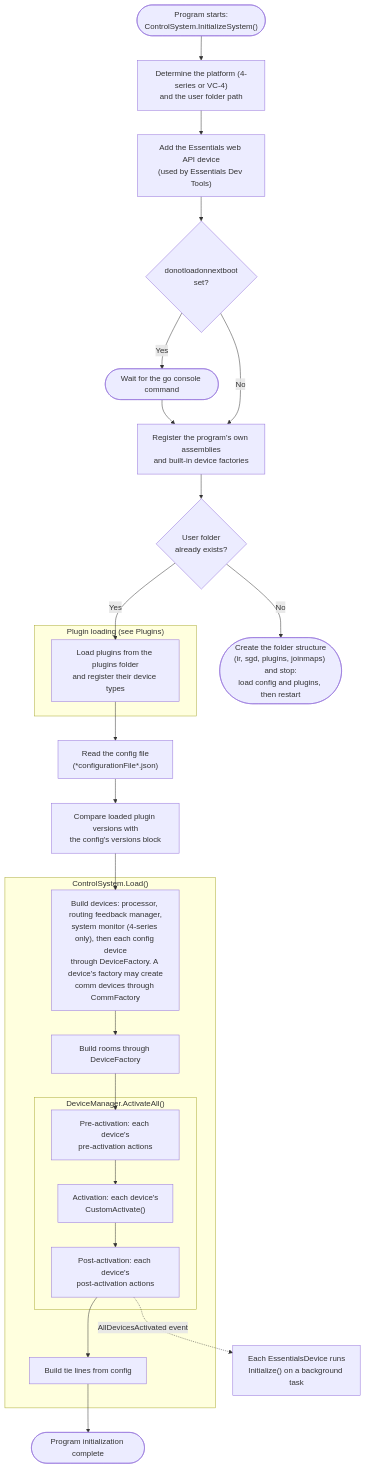
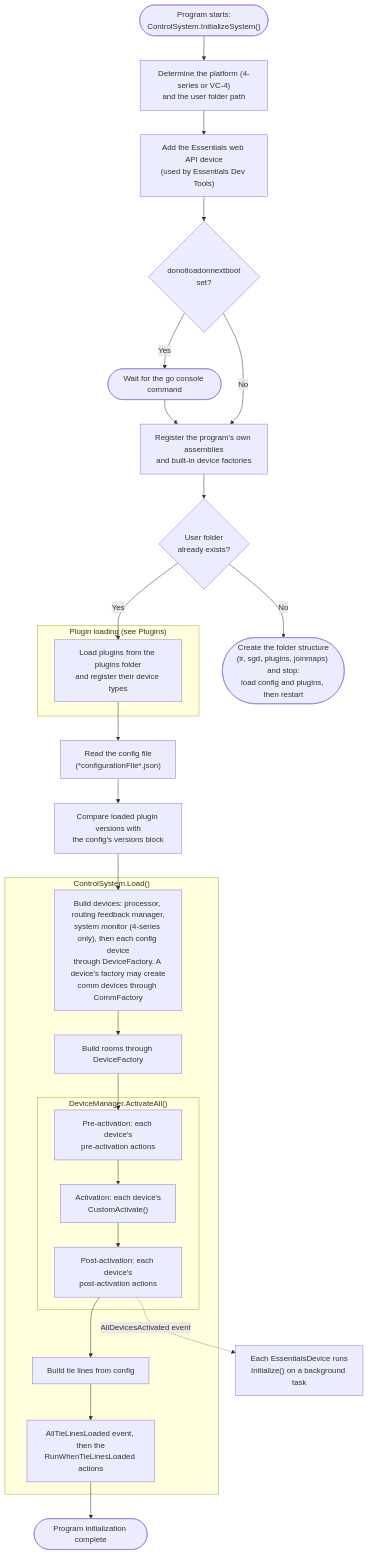
The diagram in docs/docs/technical-docs/Arch-lifecycle.md (PepperDash/Essentials), drawn with Mermaid before and after one commit. The commit also changed other lines of this file and 5 other files, not shown here.

First line of the commit message:
fix: harden the tie-lines-loaded signal after review

````diff
--- a/docs/docs/technical-docs/Arch-lifecycle.md
+++ b/docs/docs/technical-docs/Arch-lifecycle.md
@@ -5,36 +5,37 @@
 ```mermaid
 flowchart TD
     Start(["Program starts:<br/>ControlSystem.InitializeSystem()"]) --> Platform["Determine the platform (4-series or VC-4)<br/>and the user folder path"]
     Platform --> WebApi["Add the Essentials web API device<br/>(used by Essentials Dev Tools)"]
     WebApi --> SkipLoad{"donotloadonnextboot<br/>set?"}
     SkipLoad -- Yes --> Wait(["Wait for the go console command"])
     Wait --> Assemblies
     SkipLoad -- No --> Assemblies["Register the program's own assemblies<br/>and built-in device factories"]
     Assemblies --> Folders{"User folder<br/>already exists?"}
     Folders -- No --> Create(["Create the folder structure<br/>(ir, sgd, plugins, joinmaps) and stop:<br/>load config and plugins, then restart"])
     Folders -- Yes --> Plugins
 
     subgraph PL["Plugin loading (see Plugins)"]
         Plugins["Load plugins from the plugins folder<br/>and register their device types"]
     end
 
     Plugins --> Config["Read the config file<br/>(*configurationFile*.json)"]
     Config --> VersionCheck["Compare loaded plugin versions with<br/>the config's versions block"]
     VersionCheck --> Devices
 
     subgraph Load["ControlSystem.Load()"]
         Devices["Build devices: processor, routing feedback manager,<br/>system monitor (4-series only), then each config device<br/>through DeviceFactory. A device's factory may create<br/>comm devices through CommFactory"]
         Devices --> Rooms["Build rooms through DeviceFactory"]
         Rooms --> Activate
 
         subgraph AP["DeviceManager.ActivateAll()"]
             Activate["Pre-activation: each device's<br/>pre-activation actions"] --> Act2["Activation: each device's<br/>CustomActivate()"]
             Act2 --> Act3["Post-activation: each device's<br/>post-activation actions"]
         end
 
         Act3 --> TieLines["Build tie lines from config"]
+        TieLines --> TieLinesLoaded["AllTieLinesLoaded event, then the<br/>RunWhenTieLinesLoaded actions"]
     end
 
     Act3 -. "AllDevicesActivated event" .-> Init["Each EssentialsDevice runs<br/>Initialize() on a background task"]
-    TieLines --> Done(["Program initialization complete"])
+    TieLinesLoaded --> Done(["Program initialization complete"])
 ```
````
